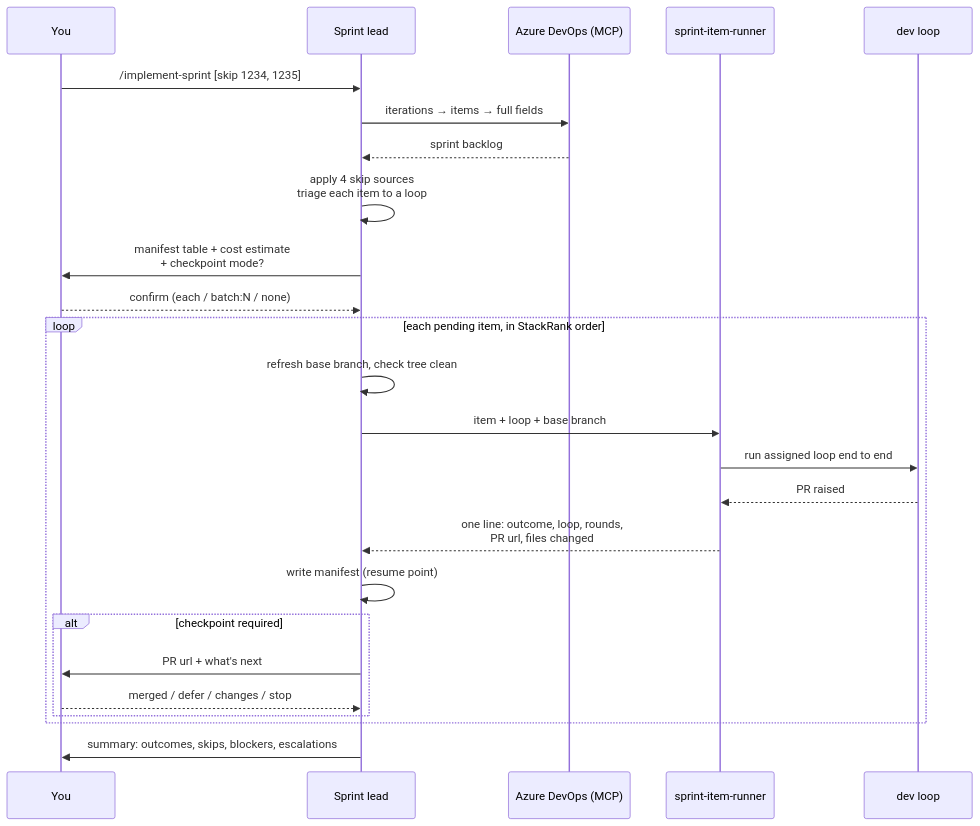
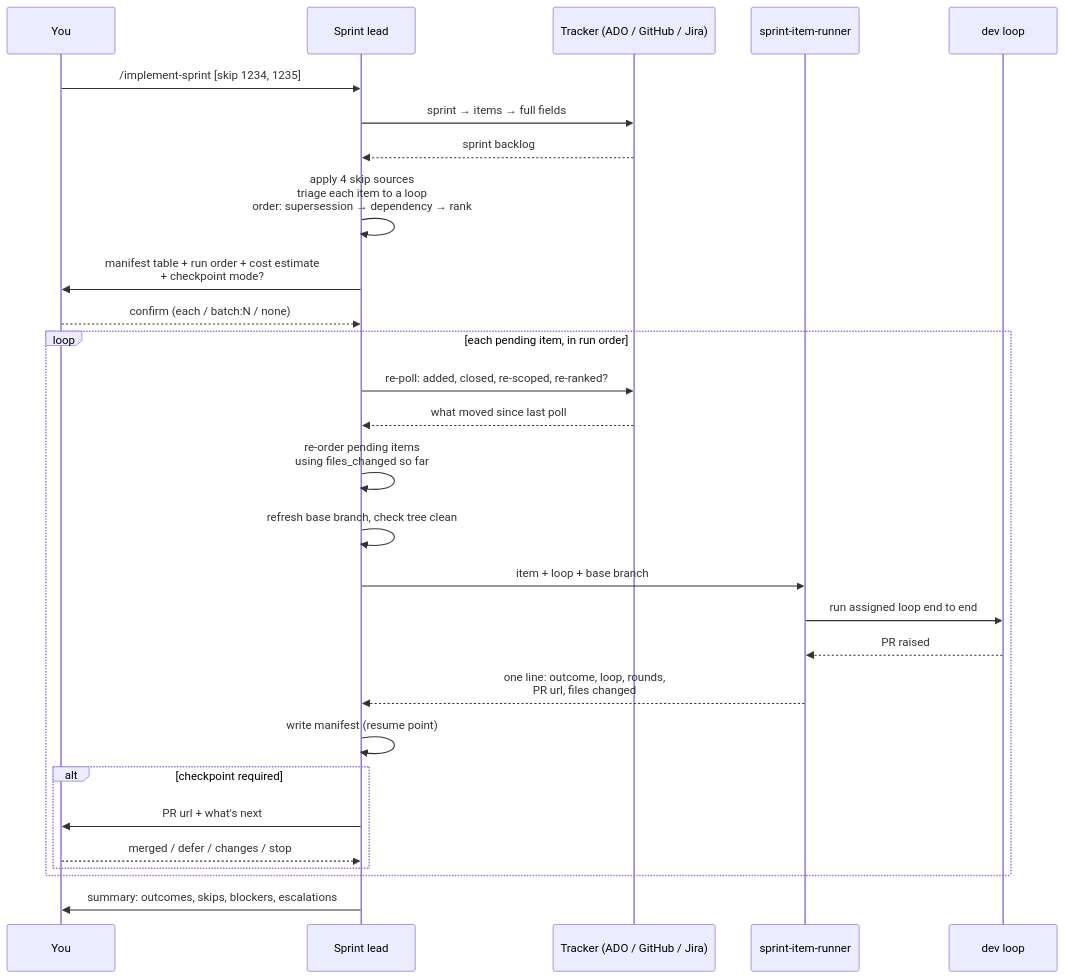
Before and after one commit to GerhardvanZyl/claude-pen: the fifth of 5 diagrams in README.md, drawn with Mermaid. The commit also changed other lines of this file and 14 other files, not shown here.

````diff
--- a/README.md
+++ b/README.md
@@ -274,29 +352,32 @@
 ```mermaid
 sequenceDiagram
     participant U as You
     participant SL as Sprint lead
-    participant ADO as Azure DevOps (MCP)
+    participant TR as Tracker (ADO / GitHub / Jira)
     participant IR as sprint-item-runner
     participant DL as dev loop
 
     U->>SL: /implement-sprint [skip 1234, 1235]
-    SL->>ADO: iterations → items → full fields
-    ADO-->>SL: sprint backlog
-    SL->>SL: apply 4 skip sources<br/>triage each item to a loop
-    SL->>U: manifest table + cost estimate<br/>+ checkpoint mode?
+    SL->>TR: sprint → items → full fields
+    TR-->>SL: sprint backlog
+    SL->>SL: apply 4 skip sources<br/>triage each item to a loop<br/>order: supersession → dependency → rank
+    SL->>U: manifest table + run order + cost estimate<br/>+ checkpoint mode?
     U-->>SL: confirm (each / batch:N / none)
 
-    loop each pending item, in StackRank order
+    loop each pending item, in run order
+        SL->>TR: re-poll: added, closed, re-scoped, re-ranked?
+        TR-->>SL: what moved since last poll
+        SL->>SL: re-order pending items<br/>using files_changed so far
         SL->>SL: refresh base branch, check tree clean
         SL->>IR: item + loop + base branch
         IR->>DL: run assigned loop end to end
         DL-->>IR: PR raised
         IR-->>SL: one line: outcome, loop, rounds,<br/>PR url, files changed
         SL->>SL: write manifest (resume point)
         alt checkpoint required
             SL->>U: PR url + what's next
             U-->>SL: merged / defer / changes / stop
         end
     end
     SL->>U: summary: outcomes, skips, blockers, escalations
 ```
````
